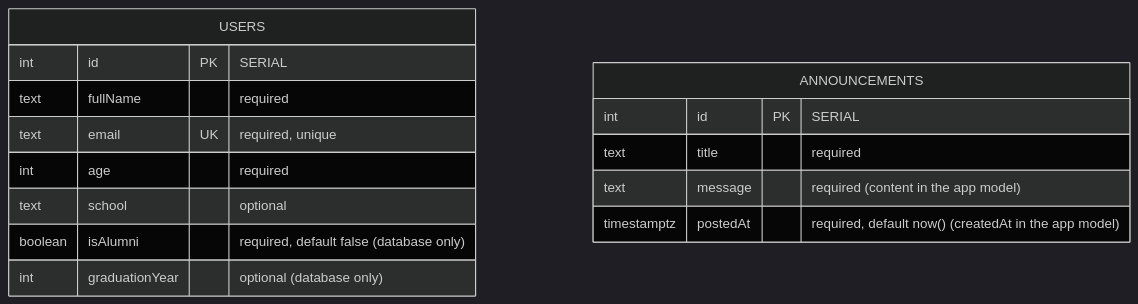
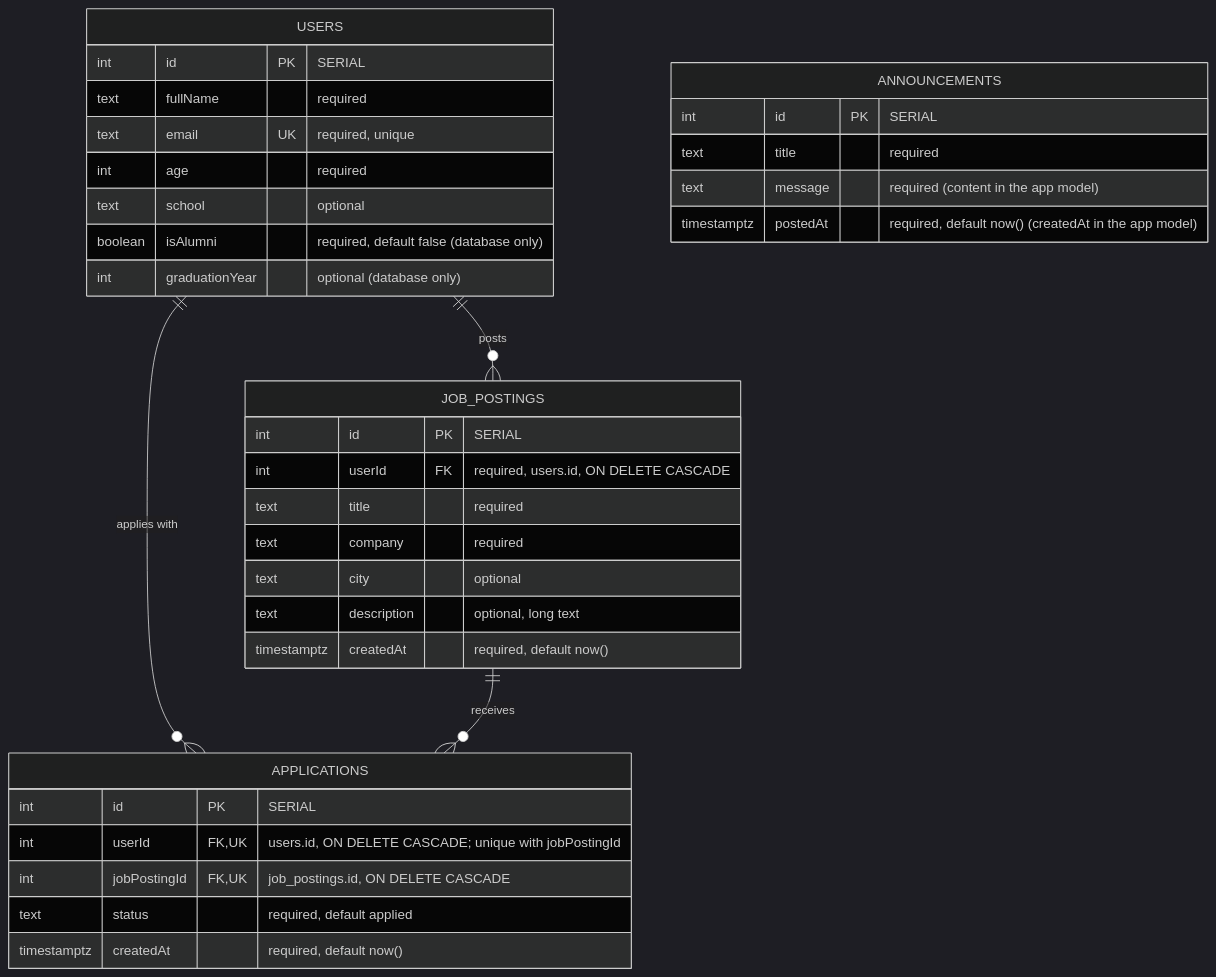
One commit to AnbarAhmadi/alumni changed the diagram in ddd.md. Above: the diagram before and after it, drawn with Mermaid (dark theme). The commit also changed other lines of this file and 20 other files, not shown here.

Commit message:
Week 6: job postings and applications (schema, migration, seed, API, user page)

````diff
--- a/ddd.md
+++ b/ddd.md
@@ -285,18 +353,37 @@
 ```mermaid
 erDiagram
+    USERS ||--o{ JOB_POSTINGS : "posts"
+    USERS ||--o{ APPLICATIONS : "applies with"
+    JOB_POSTINGS ||--o{ APPLICATIONS : "receives"
     USERS {
         int id PK "SERIAL"
         text fullName "required"
         text email UK "required, unique"
         int age "required"
         text school "optional"
         boolean isAlumni "required, default false (database only)"
         int graduationYear "optional (database only)"
     }
     ANNOUNCEMENTS {
         int id PK "SERIAL"
         text title "required"
         text message "required (content in the app model)"
         timestamptz postedAt "required, default now() (createdAt in the app model)"
     }
+    JOB_POSTINGS {
+        int id PK "SERIAL"
+        int userId FK "required, users.id, ON DELETE CASCADE"
+        text title "required"
+        text company "required"
+        text city "optional"
+        text description "optional, long text"
+        timestamptz createdAt "required, default now()"
+    }
+    APPLICATIONS {
+        int id PK "SERIAL"
+        int userId FK, UK "users.id, ON DELETE CASCADE; unique with jobPostingId"
+        int jobPostingId FK, UK "job_postings.id, ON DELETE CASCADE"
+        text status "required, default applied"
+        timestamptz createdAt "required, default now()"
+    }
 ```
````
